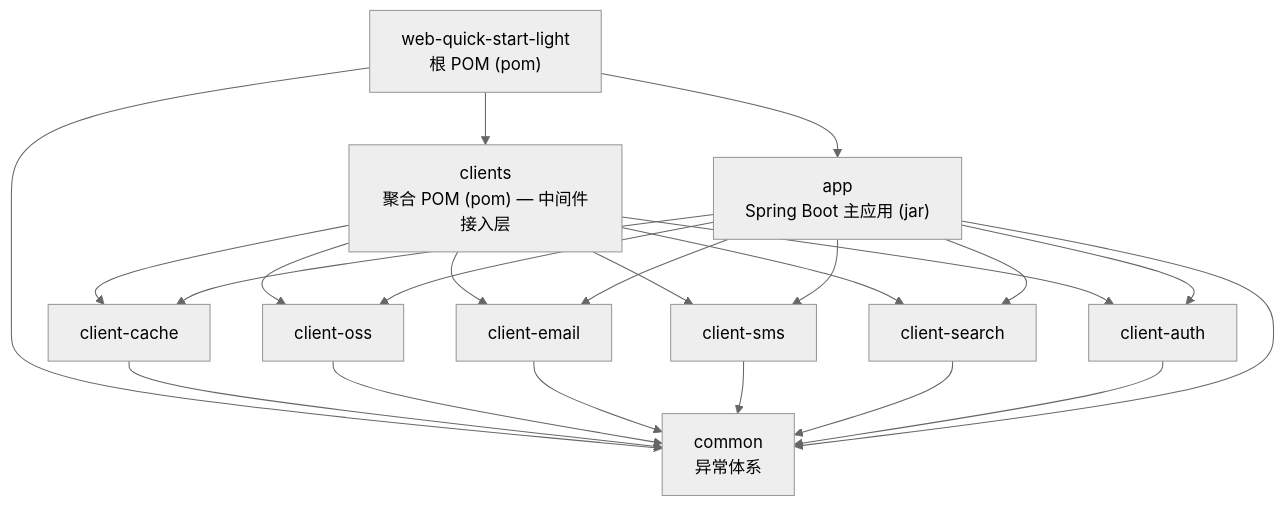
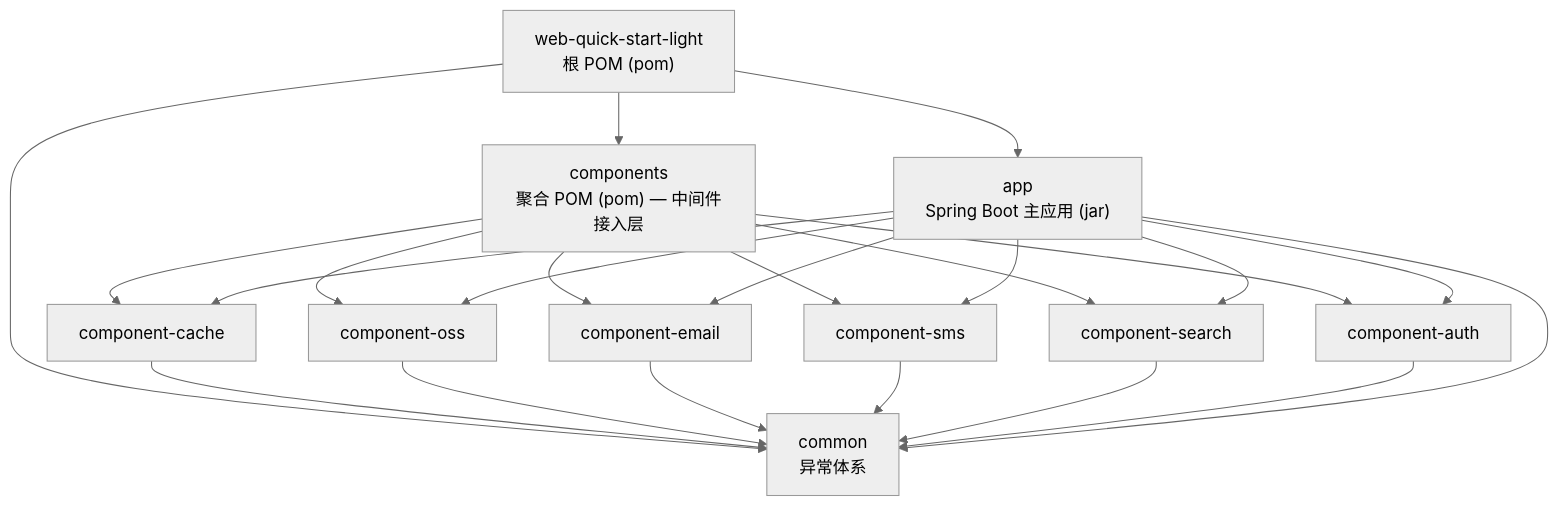
The first of 2 diagrams in docs/architecture/module-structure.md (LeoNardo-LB/web-quick-start-light), drawn with Mermaid (neutral theme) before and after one commit. The commit also changed other lines of this file and 28 other files, not shown here.

First line of the commit message:
docs: 完成文档重命名 client-* → component-* 及引用更新

````diff
--- a/docs/architecture/module-structure.md
+++ b/docs/architecture/module-structure.md
@@ -38,33 +38,33 @@
 ```mermaid
 graph TD
     ROOT["web-quick-start-light<br/>根 POM (pom)"]
     COMMON["common<br/>异常体系"]
-    CLIENTS["clients<br/>聚合 POM (pom) — 中间件接入层"]
+    COMPONENTS["components<br/>聚合 POM (pom) — 中间件接入层"]
     APP["app<br/>Spring Boot 主应用 (jar)"]
 
     ROOT --> COMMON
-    ROOT --> CLIENTS
+    ROOT --> COMPONENTS
     ROOT --> APP
 
-    CLIENTS --> CACHE["client-cache"]
-    CLIENTS --> OSS["client-oss"]
-    CLIENTS --> EMAIL["client-email"]
-    CLIENTS --> SMS["client-sms"]
-    CLIENTS --> SEARCH["client-search"]
-    CLIENTS --> AUTH["client-auth"]
+    COMPONENTS --> CACHE["component-cache"]
+    COMPONENTS --> OSS["component-oss"]
+    COMPONENTS --> EMAIL["component-email"]
+    COMPONENTS --> SMS["component-sms"]
+    COMPONENTS --> SEARCH["component-search"]
+    COMPONENTS --> AUTH["component-auth"]
 
     CACHE --> COMMON
     OSS --> COMMON
     EMAIL --> COMMON
     SMS --> COMMON
     SEARCH --> COMMON
     AUTH --> COMMON
 
     APP --> COMMON
     APP --> CACHE
     APP --> OSS
     APP --> EMAIL
     APP --> SMS
     APP --> SEARCH
     APP --> AUTH
 ```
````
